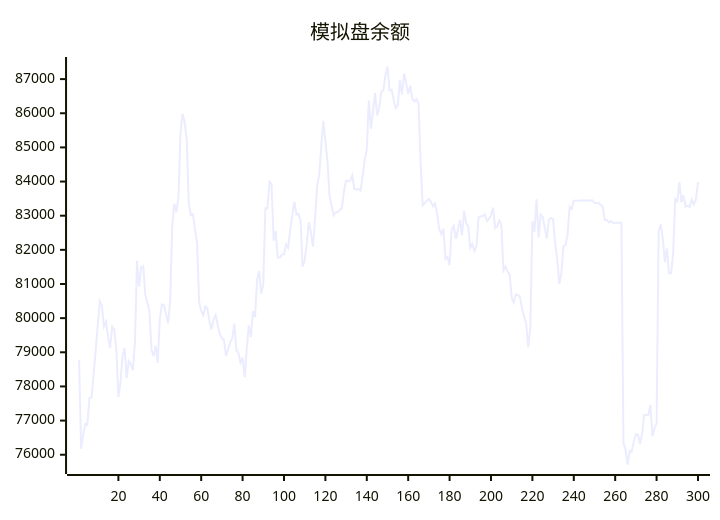
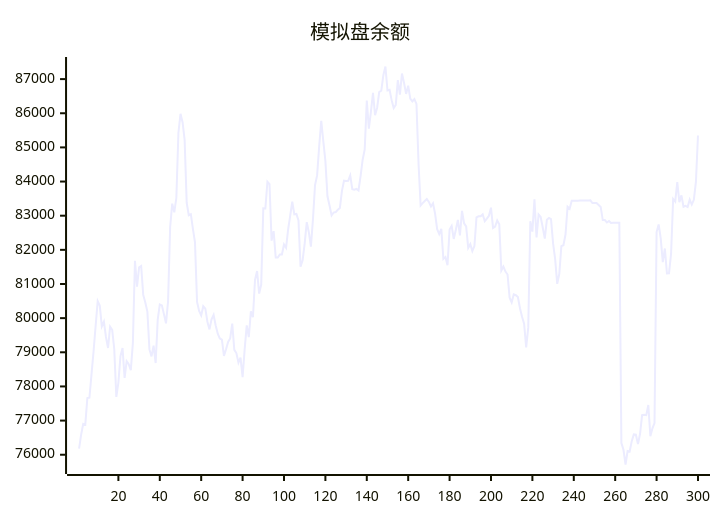
The diagram in README.md (aahl/ai-trading), drawn with Mermaid before and after one commit. The commit also changed other lines of this file and 1 other file, not shown here.

````diff
--- a/README.md
+++ b/README.md
@@ -5,5 +5,5 @@
 ```mermaid
 xychart
     title "模拟盘余额"
-    line [78764,76179,76586,76902,76876,77658,77669,78346,79023,79769,80497,80366,79761,79896,79448,79126,79749,79658,79097,77695,78114,78888,79126,78249,78738,78653,78478,79271,81680,80923,81488,81527,80681,80455,80190,79084,78879,79193,78686,79954,80403,80374,80118,79848,80491,82665,83351,83098,83525,85430,85983,85737,85221,83378,83014,83043,82613,82216,80477,80208,80081,80348,80277,79894,79670,79965,80093,79786,79542,79406,79371,78893,79087,79304,79406,79841,79072,78978,78696,78846,78272,79085,79787,79442,80198,80031,81120,81379,80718,80985,83214,83212,83993,83921,82270,82547,81776,81776,81866,81866,82158,82061,82596,83000,83408,83041,83050,82858,81503,81691,82188,82812,82517,82092,82901,83898,84180,85030,85781,85178,84604,83569,83298,83008,83093,83107,83175,83228,83729,84025,84017,84019,84177,83775,83762,83785,83738,84160,84639,84939,86370,85548,86046,86599,85942,86161,86622,86664,87115,87369,86666,86685,86384,86152,86243,86969,86548,87164,86885,86566,86809,86427,86348,86417,86273,84538,83299,83369,83430,83490,83404,83270,83362,83056,82605,82459,82614,81734,81788,81551,82598,82702,82320,82580,82878,82426,83139,82778,82686,82056,82166,81963,82110,82951,82983,82984,83038,82838,82915,82998,83235,82642,82682,82858,82746,81396,81512,81362,81277,80600,80461,80699,80673,80616,80288,80038,79836,79142,79722,82837,82533,83480,82366,83032,82960,82654,82330,82883,82934,82901,82188,81728,81005,81298,82110,82135,82449,83264,83203,83440,83439,83440,83440,83446,83447,83448,83447,83448,83449,83369,83369,83369,83313,83256,82872,82873,82801,82844,82785,82791,82791,82793,82794,76339,76145,75714,76110,76096,76397,76594,76585,76310,76607,77160,77170,77160,77456,76541,76774,76927,82520,82744,82337,81639,82040,81307,81314,81887,83490,83414,83984,83396,83594,83261,83287,83253,83470,83327,83465,83987]
+    line [76179,76586,76902,76876,77658,77669,78346,79023,79769,80497,80366,79761,79896,79448,79126,79749,79658,79097,77695,78114,78888,79126,78249,78738,78653,78478,79271,81680,80923,81488,81527,80681,80455,80190,79084,78879,79193,78686,79954,80403,80374,80118,79848,80491,82665,83351,83098,83525,85430,85983,85737,85221,83378,83014,83043,82613,82216,80477,80208,80081,80348,80277,79894,79670,79965,80093,79786,79542,79406,79371,78893,79087,79304,79406,79841,79072,78978,78696,78846,78272,79085,79787,79442,80198,80031,81120,81379,80718,80985,83214,83212,83993,83921,82270,82547,81776,81776,81866,81866,82158,82061,82596,83000,83408,83041,83050,82858,81503,81691,82188,82812,82517,82092,82901,83898,84180,85030,85781,85178,84604,83569,83298,83008,83093,83107,83175,83228,83729,84025,84017,84019,84177,83775,83762,83785,83738,84160,84639,84939,86370,85548,86046,86599,85942,86161,86622,86664,87115,87369,86666,86685,86384,86152,86243,86969,86548,87164,86885,86566,86809,86427,86348,86417,86273,84538,83299,83369,83430,83490,83404,83270,83362,83056,82605,82459,82614,81734,81788,81551,82598,82702,82320,82580,82878,82426,83139,82778,82686,82056,82166,81963,82110,82951,82983,82984,83038,82838,82915,82998,83235,82642,82682,82858,82746,81396,81512,81362,81277,80600,80461,80699,80673,80616,80288,80038,79836,79142,79722,82837,82533,83480,82366,83032,82960,82654,82330,82883,82934,82901,82188,81728,81005,81298,82110,82135,82449,83264,83203,83440,83439,83440,83440,83446,83447,83448,83447,83448,83449,83369,83369,83369,83313,83256,82872,82873,82801,82844,82785,82791,82791,82793,82794,76339,76145,75714,76110,76096,76397,76594,76585,76310,76607,77160,77170,77160,77456,76541,76774,76927,82520,82744,82337,81639,82040,81307,81314,81887,83490,83414,83984,83396,83594,83261,83287,83253,83470,83327,83465,83987,85348]
 ```
````
